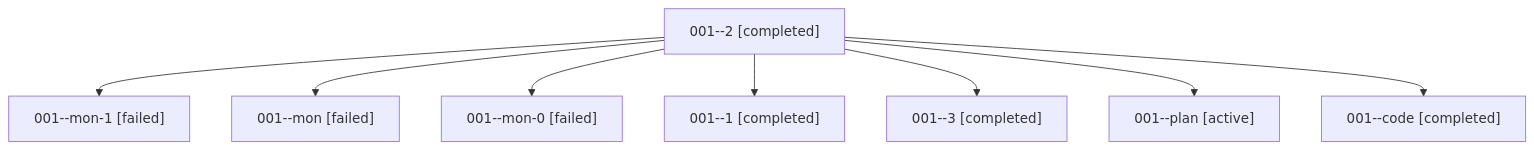
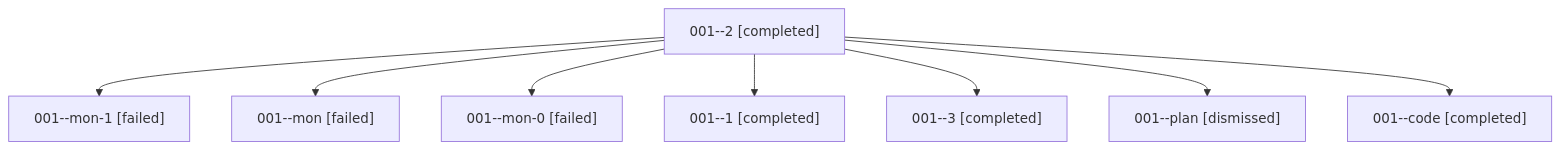
One commit to sase-org/sase--agents changed the diagram in sessions/bbugyi200.athena.001.md. Above: the diagram before and after it, drawn with Mermaid. The commit also changed other lines of this file and 38 other files, not shown here.

````diff
--- a/sessions/bbugyi200.athena.001.md
+++ b/sessions/bbugyi200.athena.001.md
@@ -9,18 +9,18 @@
 ```mermaid
 flowchart TD
   n0["001--2 [completed]"]
   n1["001--mon-1 [failed]"]
   n0 --> n1
   n2["001--mon [failed]"]
   n0 --> n2
   n3["001--mon-0 [failed]"]
   n0 --> n3
   n4["001--1 [completed]"]
   n0 --> n4
   n5["001--3 [completed]"]
   n0 --> n5
-  n6["001--plan [active]"]
+  n6["001--plan [dismissed]"]
   n0 --> n6
   n7["001--code [completed]"]
   n0 --> n7
 ```
````
